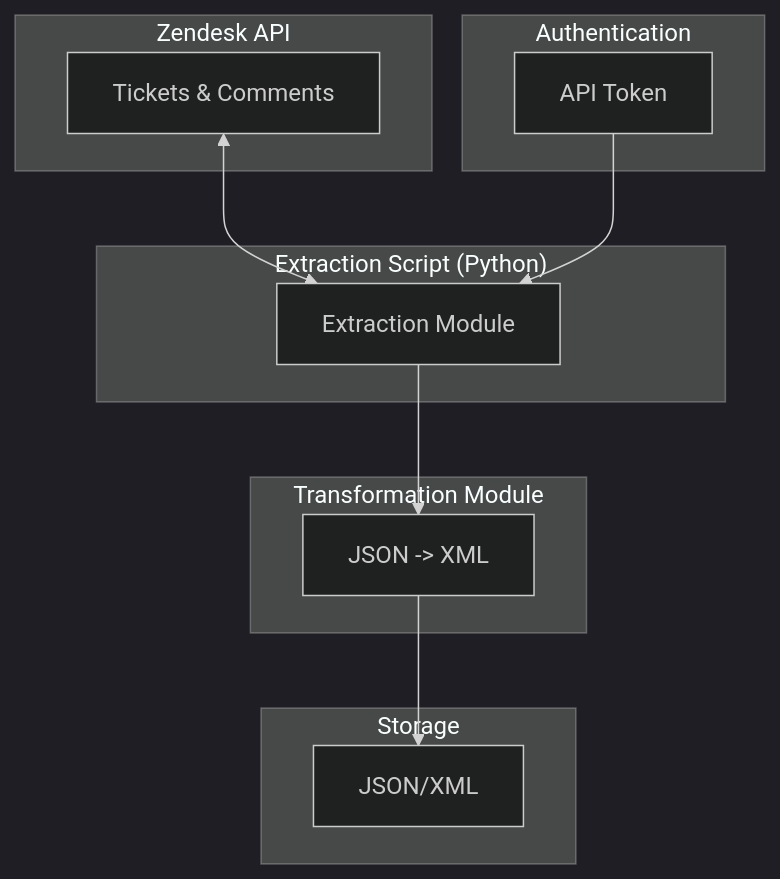
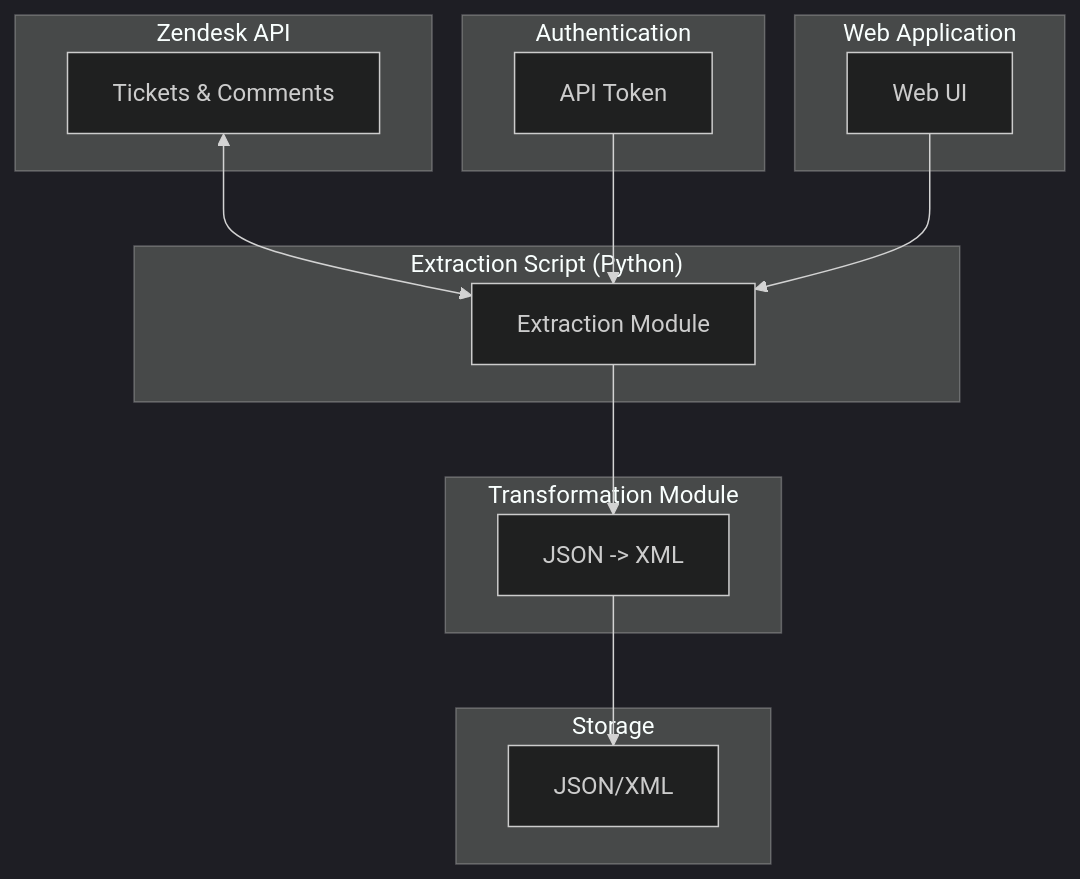
One commit to overeazyio/zendeskzen changed the diagram in README.md. Above: the diagram before and after it, drawn with Mermaid (dark theme). The commit also changed other lines of this file and 15 other files, not shown here.

````diff
--- a/README.md
+++ b/README.md
@@ -39,27 +33,32 @@
 ```mermaid
 graph TD
     subgraph "Zendesk API"
         A[Tickets & Comments]
     end
 
     subgraph "Extraction Script (Python)"
         B[Extraction Module]
     end
 
     subgraph "Transformation Module"
         C[JSON -> XML]
     end
 
     subgraph "Storage"
         D[JSON/XML]
     end
 
     subgraph "Authentication"
         E[API Token]
     end
 
+    subgraph "Web Application"
+        F[Web UI]
+    end
+
     A <--> B
     B --> C
     C --> D
     E --> B
+    F --> B
 ```
````
